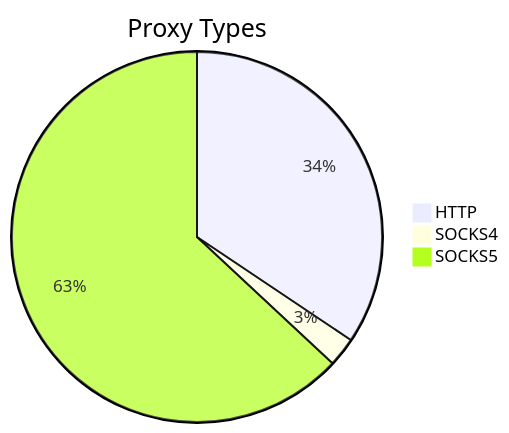
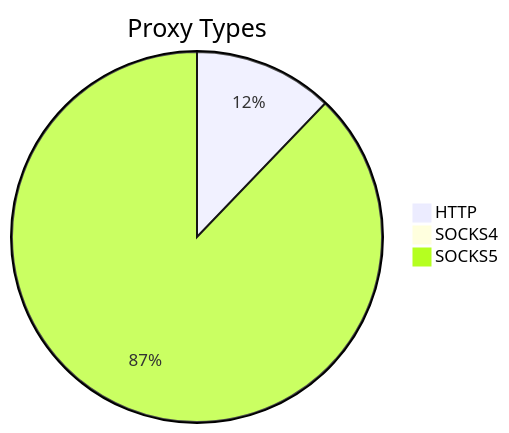
The first of 2 diagrams in README.md (stormsia/proxy-list), drawn with Mermaid before and after one commit. The commit also changed other lines of this file, not shown here.

````diff
--- a/README.md
+++ b/README.md
@@ -21,6 +21,6 @@
 ```mermaid
 pie title Proxy Types
-    "HTTP" : 162
-    "SOCKS4" : 12
-    "SOCKS5" : 297
+    "HTTP" : 170
+    "SOCKS4" : 13
+    "SOCKS5" : 1227
 ```
````
